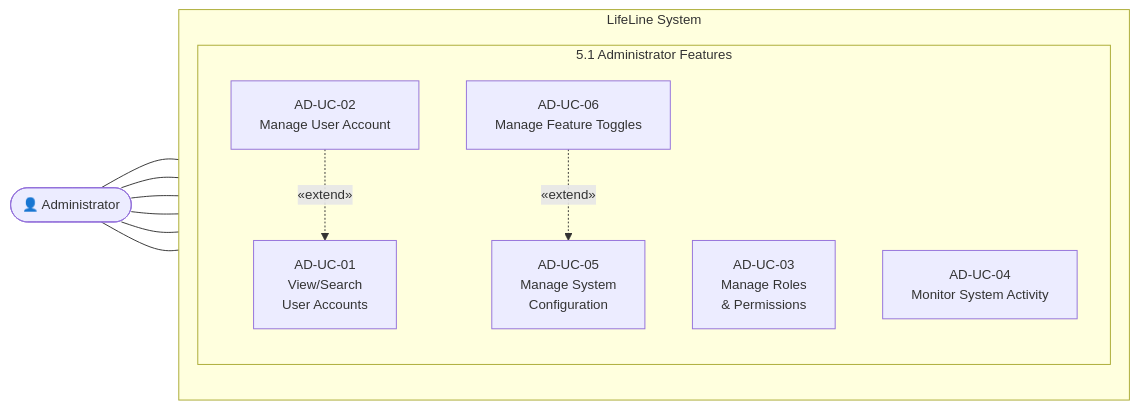
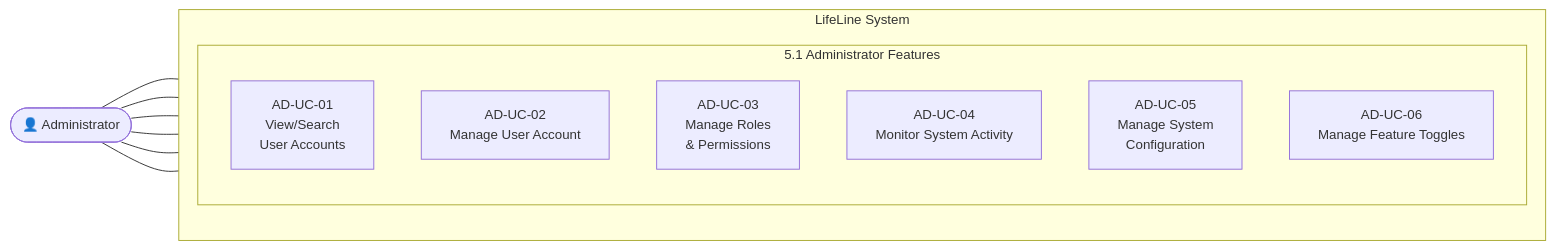
Before and after one commit to takiet2410-hub/SE-LifeLine-Project: the fifth of 6 diagrams in src/StakeholderDocuments/UseCaseSpec.md, drawn with Mermaid. The commit also changed other lines of this file and 3 other files, not shown here.

````diff
--- a/src/StakeholderDocuments/UseCaseSpec.md
+++ b/src/StakeholderDocuments/UseCaseSpec.md
@@ -516,62 +498,30 @@
 ```mermaid
 
 %%{init: {'theme': 'default', 'themeVariables': {'fontSize': '14px'}}}%%
-
 graph LR
 
-    %% ── Actors ──────────────────────────────────────────
+    %% ── Actors ──────────────────────────────────────────
+    Admin(["👤 Administrator"])
 
-    Admin(["👤 Administrator"])
+    subgraph SYS ["LifeLine System"]
+        direction TB
 
-  
+        subgraph ADM ["5.1 Administrator Features"]
+            ADUC01["AD-UC-01<br>View/Search<br>User Accounts"]
+            ADUC02["AD-UC-02<br>Manage User Account"]
+            ADUC03["AD-UC-03<br>Manage Roles<br>& Permissions"]
+            ADUC04["AD-UC-04<br>Monitor System Activity"]
+            ADUC05["AD-UC-05<br>Manage System<br>Configuration"]
+            ADUC06["AD-UC-06<br>Manage Feature Toggles"]
+        end
+    end
 
-    subgraph SYS ["LifeLine System"]
-
-        direction TB
-
-  
-
-        subgraph ADM ["5.1 Administrator Features"]
-
-            ADUC01["AD-UC-01<br>View/Search<br>User Accounts"]
-
-            ADUC02["AD-UC-02<br>Manage User Account"]
-
-            ADUC03["AD-UC-03<br>Manage Roles<br>& Permissions"]
-
-            ADUC04["AD-UC-04<br>Monitor System Activity"]
-
-            ADUC05["AD-UC-05<br>Manage System<br>Configuration"]
-
-            ADUC06["AD-UC-06<br>Manage Feature Toggles"]
-
-        end
-
-    end
-
-  
-
-    %% ── Actor associations ──────────────────────────────
-
-    Admin --- ADUC01
-
-    Admin --- ADUC02
-
-    Admin --- ADUC03
-
-    Admin --- ADUC04
-
-    Admin --- ADUC05
-
-    Admin --- ADUC06
-
-  
-
-    %% ── Relationships ───────────────────────────────────
-
-    ADUC02 -. "«extend»" .-> ADUC01
-
-
-    ADUC06 -. "«extend»" .-> ADUC05
+    %% ── Actor associations ──────────────────────────────
+    Admin --- ADUC01
+    Admin --- ADUC02
+    Admin --- ADUC03
+    Admin --- ADUC04
+    Admin --- ADUC05
+    Admin --- ADUC06
 
 ```
````
